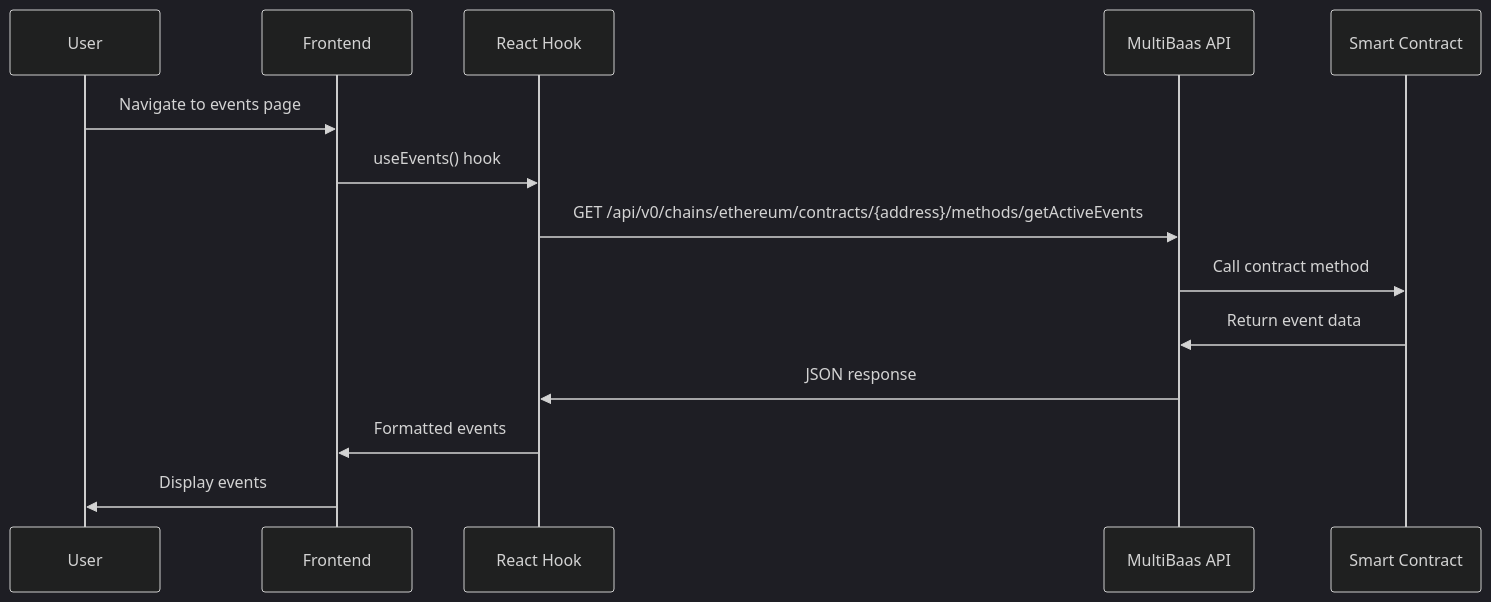
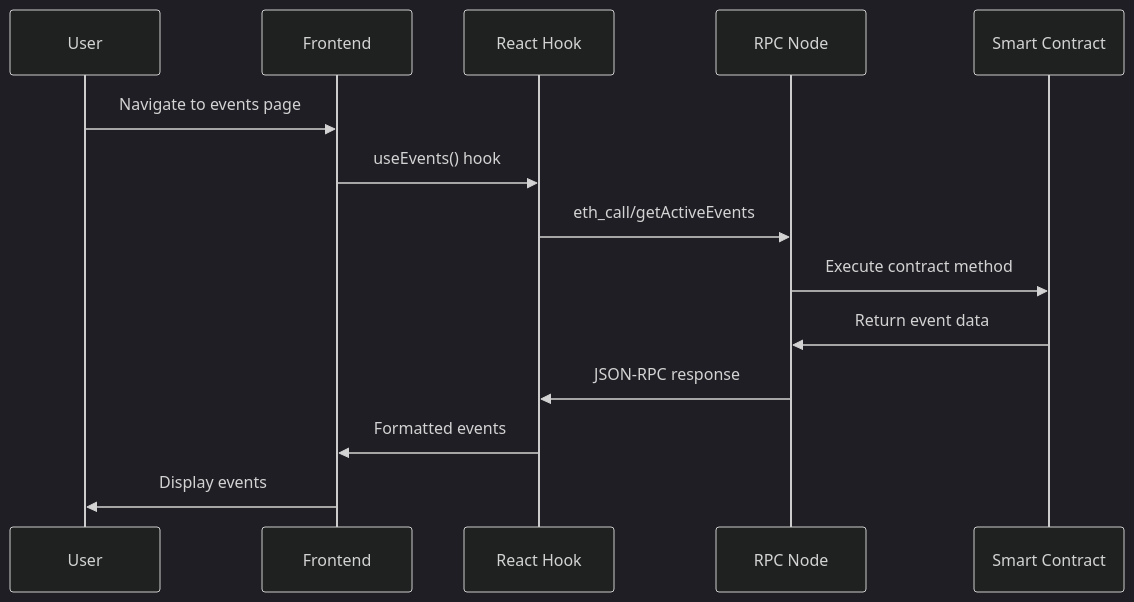
The second of 4 diagrams in docs/integration/README.md (Emertechs-Labs/e-chain), drawn with Mermaid (dark theme) before and after one commit. The commit also changed other lines of this file and 152 other files, not shown here.

````diff
--- a/docs/integration/README.md
+++ b/docs/integration/README.md
@@ -817,17 +849,17 @@
 ```mermaid
 sequenceDiagram
     participant U as User
     participant F as Frontend
     participant H as React Hook
-    participant M as MultiBaas API
+    participant R as RPC Node
     participant C as Smart Contract
 
     U->>F: Navigate to events page
     F->>H: useEvents() hook
-    H->>M: GET /api/v0/chains/ethereum/contracts/{address}/methods/getActiveEvents
-    M->>C: Call contract method
-    C->>M: Return event data
-    M->>H: JSON response
+    H->>R: eth_call/getActiveEvents
+    R->>C: Execute contract method
+    C->>R: Return event data
+    R->>H: JSON-RPC response
     H->>F: Formatted events
     F->>U: Display events
 ```
````
